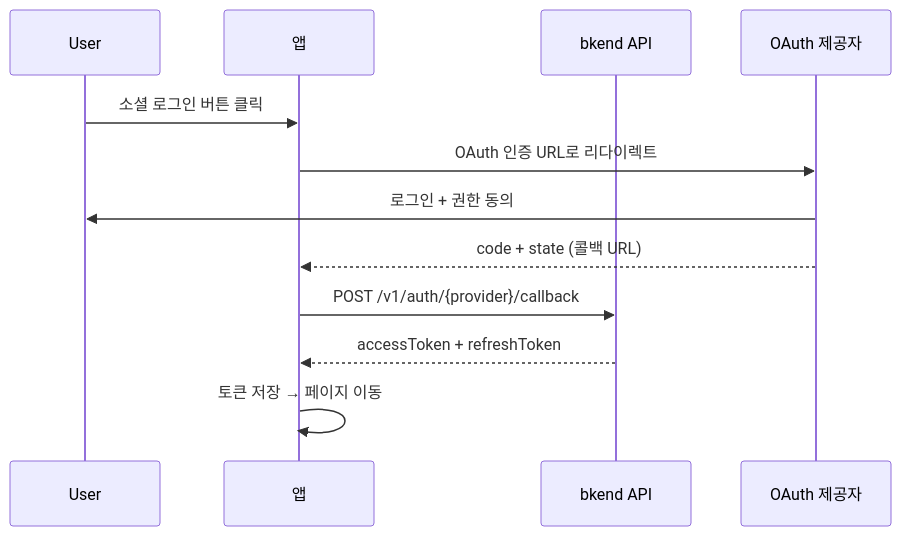
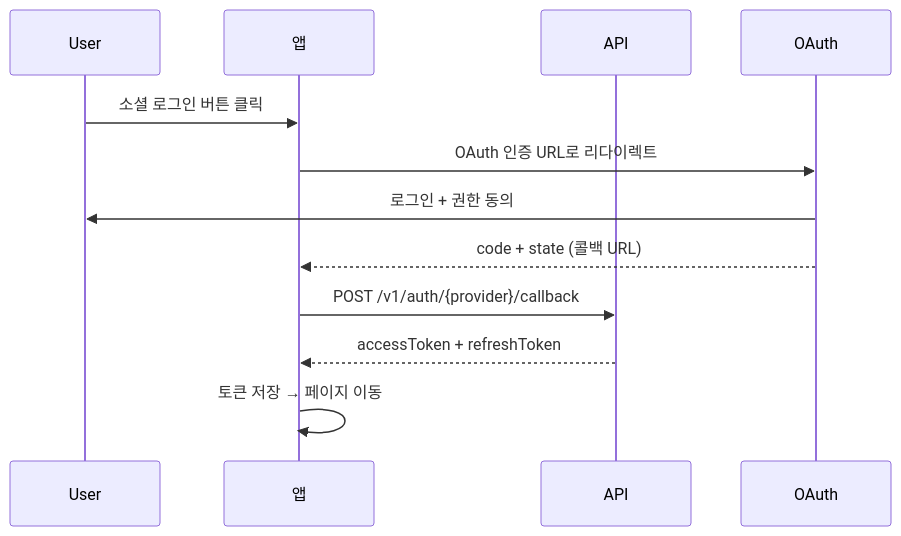
Before and after one commit to popup-studio-ai/bkend-docs: the second of 3 diagrams in ko/authentication/21-auth-form-patterns.md, drawn with Mermaid. The commit also changed 24 other files, not shown here.

````diff
--- a/ko/authentication/21-auth-form-patterns.md
+++ b/ko/authentication/21-auth-form-patterns.md
@@ -211,15 +211,15 @@
 ```mermaid
 sequenceDiagram
     participant User as User
     participant App as 앱
-    participant API as bkend API
-    participant Provider as OAuth 제공자
+    participant API as API
+    participant Provider as OAuth
 
     User->>App: 소셜 로그인 버튼 클릭
     App->>Provider: OAuth 인증 URL로 리다이렉트
     Provider->>User: 로그인 + 권한 동의
     Provider-->>App: code + state (콜백 URL)
     App->>API: POST /v1/auth/{provider}/callback
     API-->>App: accessToken + refreshToken
     App->>App: 토큰 저장 → 페이지 이동
 ```
````
